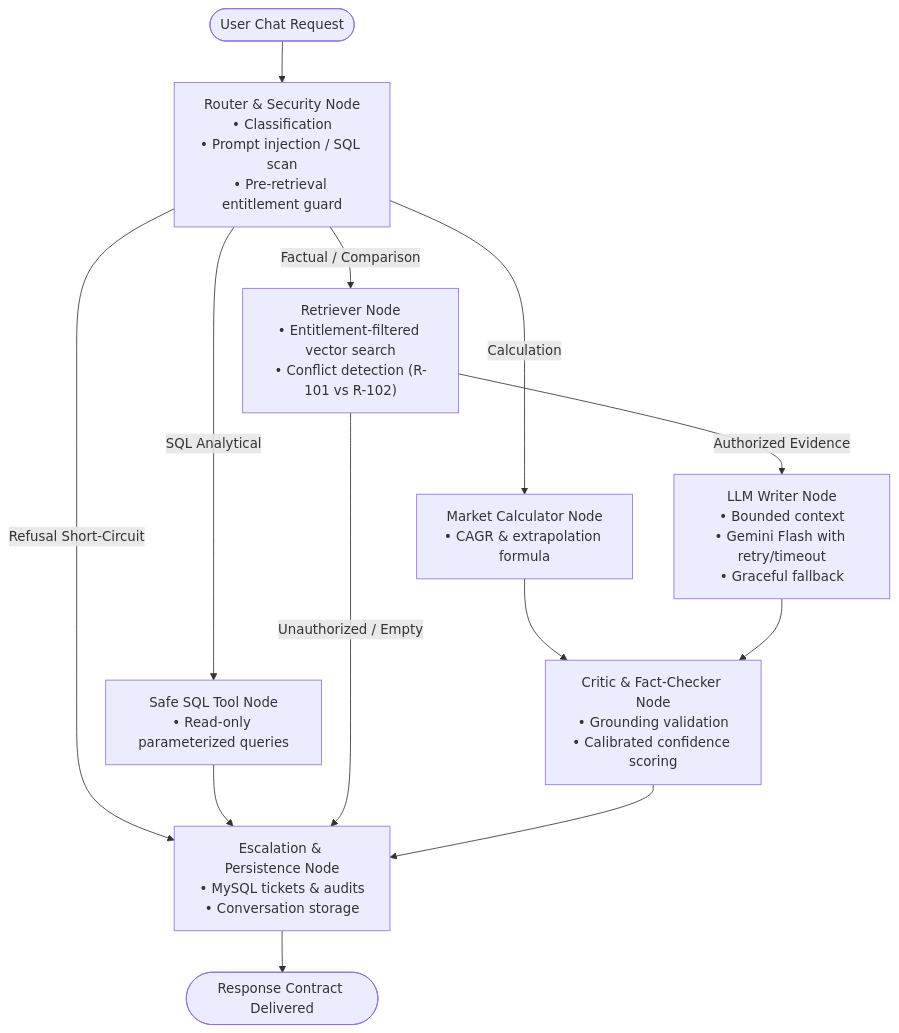
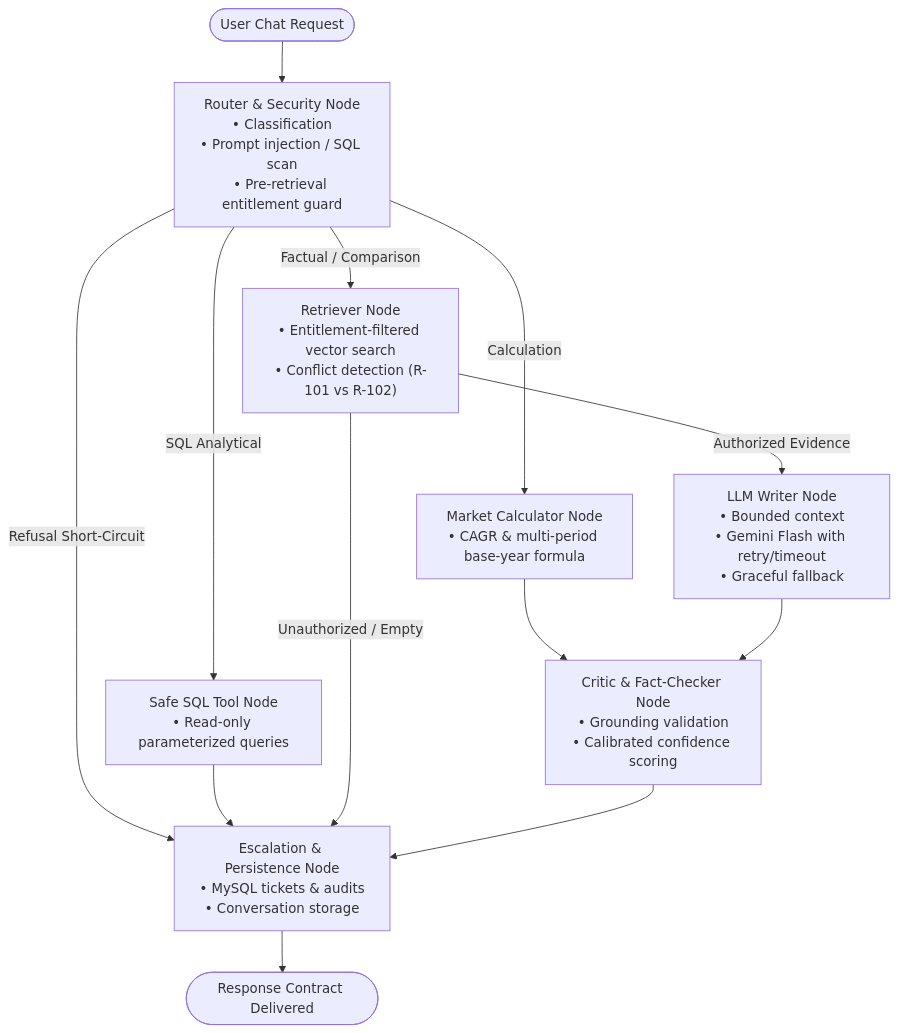
Before and after one commit to Sushant-shringi/project-atlas: the second of 2 diagrams in README.md, drawn with Mermaid. The commit also changed other lines of this file and 1 other file, not shown here.

````diff
--- a/README.md
+++ b/README.md
@@ -69,18 +69,18 @@
 ```mermaid
 graph TD
     Start([User Chat Request]) --> Router["Router & Security Node<br/>• Classification<br/>• Prompt injection / SQL scan<br/>• Pre-retrieval entitlement guard"]
     
     Router -->|Refusal Short-Circuit| Escalation["Escalation & Persistence Node<br/>• MySQL tickets & audits<br/>• Conversation storage"]
     Router -->|SQL Analytical| SQLTool["Safe SQL Tool Node<br/>• Read-only parameterized queries"]
-    Router -->|Calculation| Calculator["Market Calculator Node<br/>• CAGR & extrapolation formula"]
+    Router -->|Calculation| Calculator["Market Calculator Node<br/>• CAGR & multi-period base-year formula"]
     Router -->|Factual / Comparison| Retriever["Retriever Node<br/>• Entitlement-filtered vector search<br/>• Conflict detection (R-101 vs R-102)"]
     
     SQLTool --> Escalation
     Calculator --> Critic["Critic & Fact-Checker Node<br/>• Grounding validation<br/>• Calibrated confidence scoring"]
     Retriever -->|Unauthorized / Empty| Escalation
     Retriever -->|Authorized Evidence| Writer["LLM Writer Node<br/>• Bounded context<br/>• Gemini Flash with retry/timeout<br/>• Graceful fallback"]
     
     Writer --> Critic
     Critic --> Escalation
     Escalation --> End([Response Contract Delivered])
 ```
````
